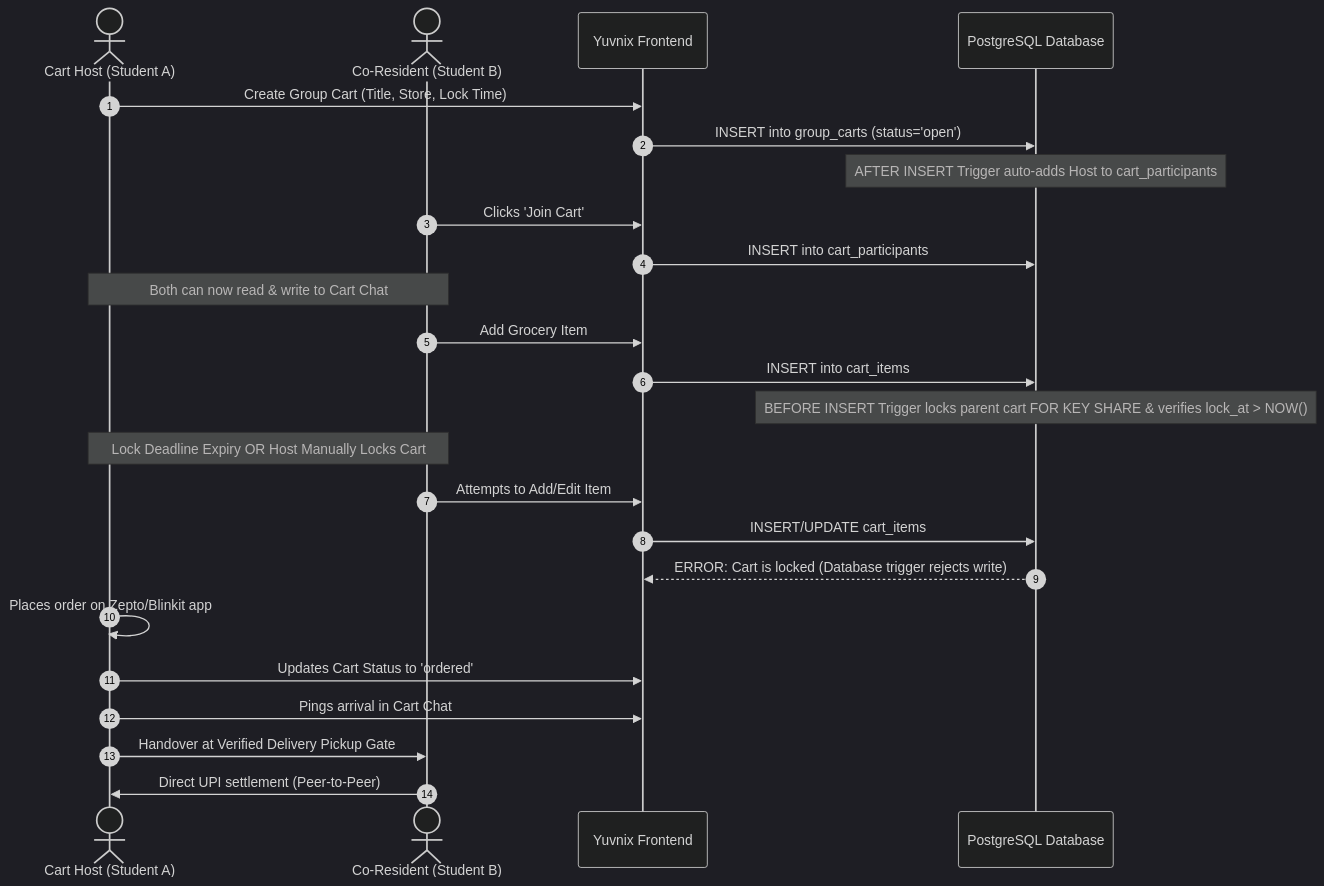
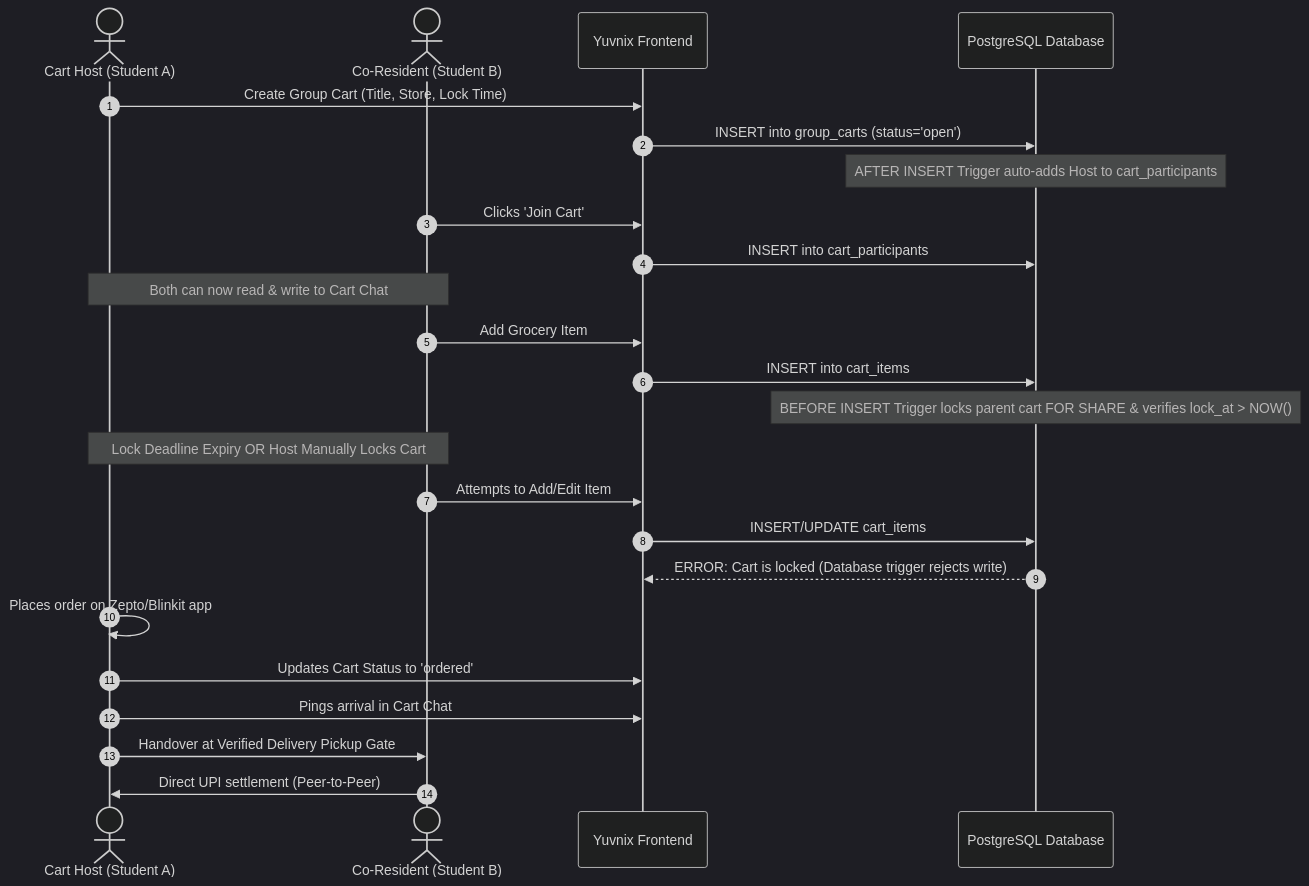
Before and after one commit to savanmalani12-sketch/Yuvnix: the second of 3 diagrams in docs/PRODUCT_SPEC.md, drawn with Mermaid (dark theme). The commit also changed other lines of this file and 1 other file, not shown here.

Commit message:
docs(architecture): apply v3.1 final SQL remediation and privilege hardening

````diff
--- a/docs/PRODUCT_SPEC.md
+++ b/docs/PRODUCT_SPEC.md
@@ -130,27 +131,27 @@
 ```mermaid
 sequenceDiagram
     autonumber
     actor Host as Cart Host (Student A)
     actor Joiner as Co-Resident (Student B)
     participant App as Yuvnix Frontend
     participant DB as PostgreSQL Database
     
     Host->>App: Create Group Cart (Title, Store, Lock Time)
     App->>DB: INSERT into group_carts (status='open')
     Note over DB: AFTER INSERT Trigger auto-adds Host to cart_participants
     Joiner->>App: Clicks 'Join Cart'
     App->>DB: INSERT into cart_participants
     Note over Host,Joiner: Both can now read & write to Cart Chat
     Joiner->>App: Add Grocery Item
     App->>DB: INSERT into cart_items
-    Note over DB: BEFORE INSERT Trigger locks parent cart FOR KEY SHARE & verifies lock_at > NOW()
+    Note over DB: BEFORE INSERT Trigger locks parent cart FOR SHARE & verifies lock_at > NOW()
     Note over Host,Joiner: Lock Deadline Expiry OR Host Manually Locks Cart
     Joiner->>App: Attempts to Add/Edit Item
     App->>DB: INSERT/UPDATE cart_items
     DB-->>App: ERROR: Cart is locked (Database trigger rejects write)
     Host->>Host: Places order on Zepto/Blinkit app
     Host->>App: Updates Cart Status to 'ordered'
     Host->>App: Pings arrival in Cart Chat
     Host->>Joiner: Handover at Verified Delivery Pickup Gate
     Joiner->>Host: Direct UPI settlement (Peer-to-Peer)
 ```
````
